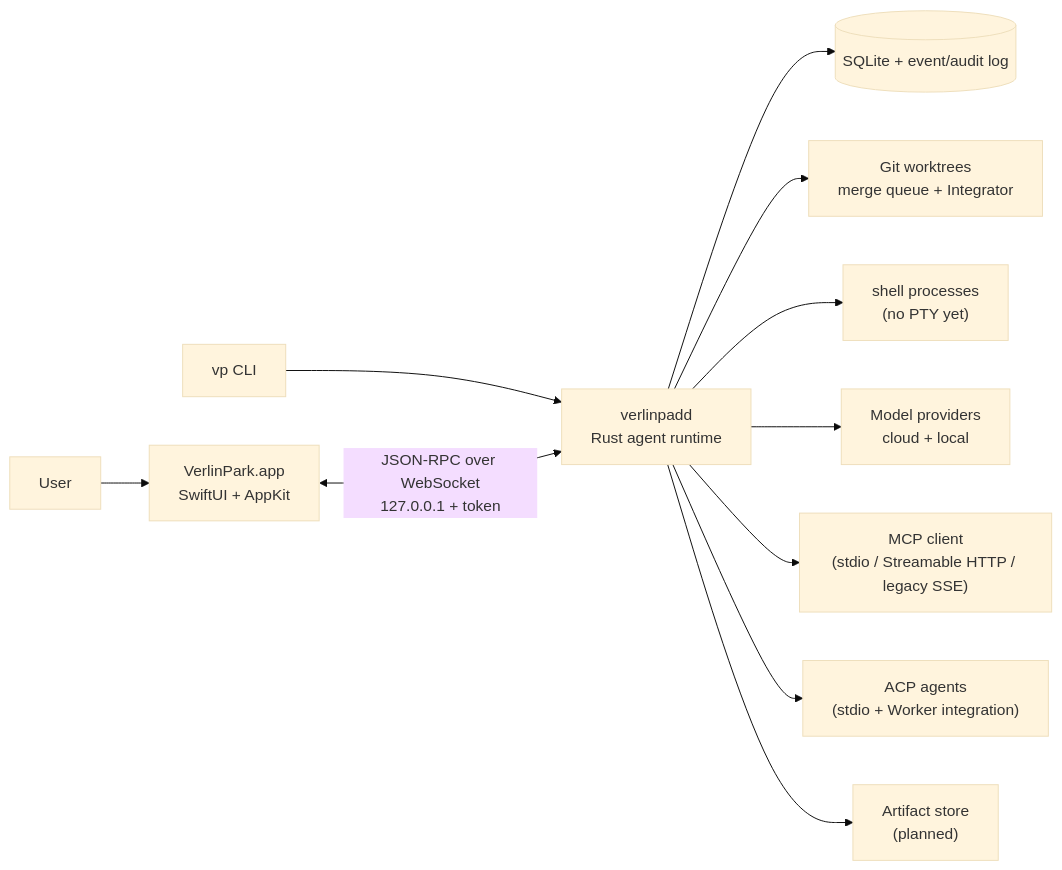
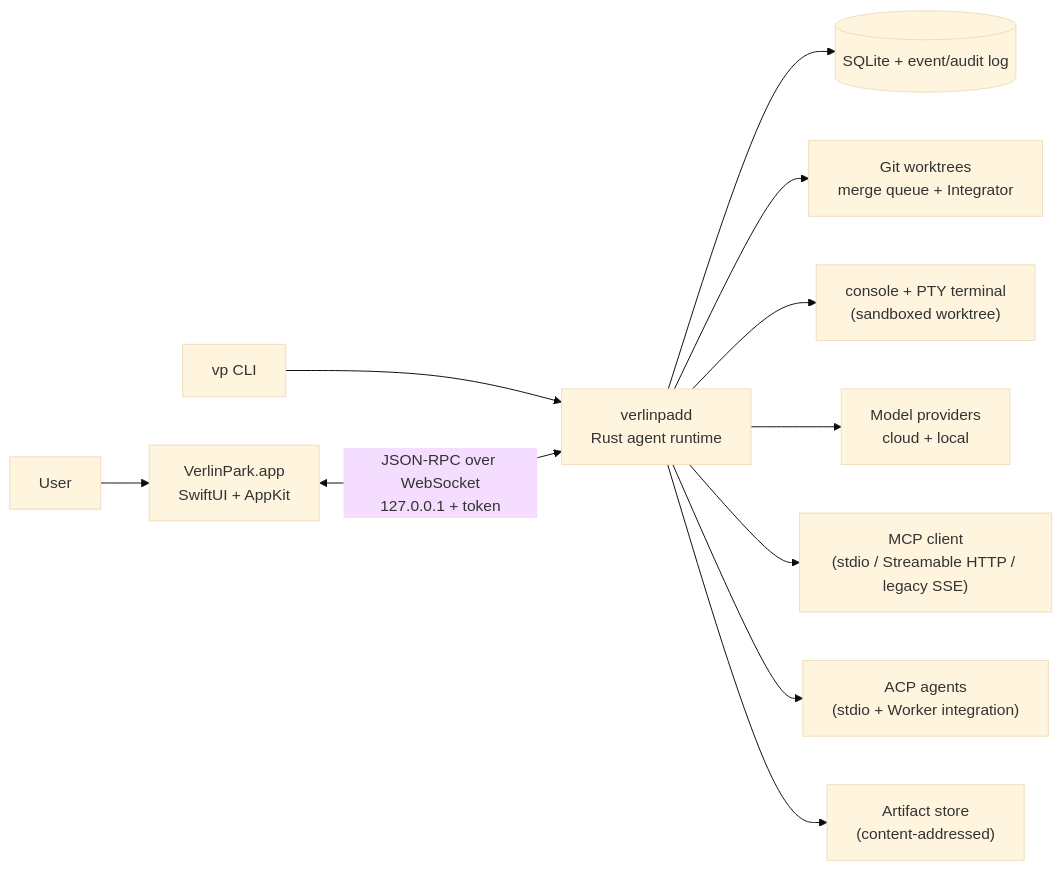
The diagram in README.md (Verlintas/VerlinPark), drawn with Mermaid (base theme) before and after one commit. The commit also changed other lines of this file and 47 other files, not shown here.

````diff
--- a/README.md
+++ b/README.md
@@ -86,13 +86,13 @@
 ```mermaid
 flowchart LR
   U[User] --> APP["VerlinPark.app<br/>SwiftUI + AppKit"]
   CLI["vp CLI"] --> CORE
   APP <-->|"JSON-RPC over WebSocket<br/>127.0.0.1 + token"| CORE["verlinpadd<br/>Rust agent runtime"]
   CORE --> DB[("SQLite + event/audit log")]
   CORE --> GIT["Git worktrees<br/>merge queue + Integrator"]
-  CORE --> PTY["shell processes<br/>(no PTY yet)"]
+  CORE --> PTY["console + PTY terminal<br/>(sandboxed worktree)"]
   CORE --> LLM["Model providers<br/>cloud + local"]
   CORE --> MCP["MCP client<br/>(stdio / Streamable HTTP / legacy SSE)"]
   CORE --> ACP["ACP agents<br/>(stdio + Worker integration)"]
-  CORE --> ART["Artifact store<br/>(planned)"]
+  CORE --> ART["Artifact store<br/>(content-addressed)"]
 ```
````
